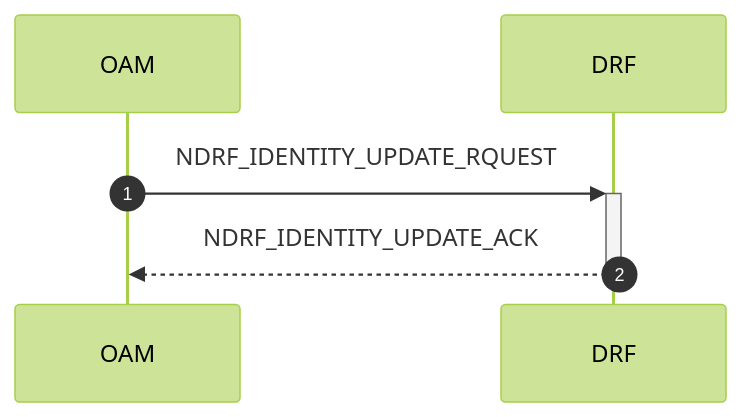
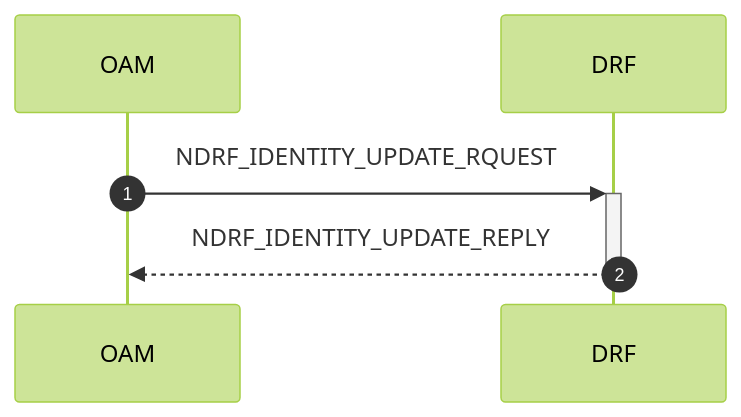
Before and after one commit to veil-link/veilink: diagram 15 of 21 in doc/doc-spec/00-series-general/00.002-procedure.md, drawn with Mermaid (forest theme). The commit also changed other lines of this file and 1 other file, not shown here.

Commit message:
feat: oam monitoring

````diff
--- a/doc/doc-spec/00-series-general/00.002-procedure.md
+++ b/doc/doc-spec/00-series-general/00.002-procedure.md
@@ -351,11 +354,11 @@
 ```mermaid
 sequenceDiagram
     autonumber
 
     participant oam as OAM
     participant drf as DRF
 
 
     oam ->>+ drf: NDRF_IDENTITY_UPDATE_RQUEST
-    drf -->>- oam: NDRF_IDENTITY_UPDATE_ACK
+    drf -->>- oam: NDRF_IDENTITY_UPDATE_REPLY
 ```
````
